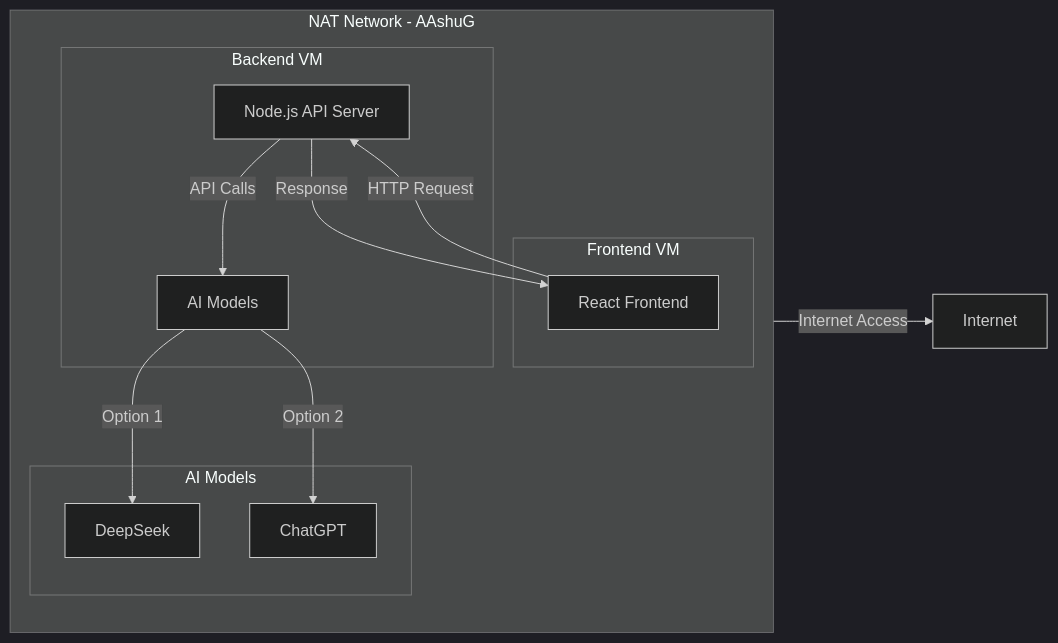
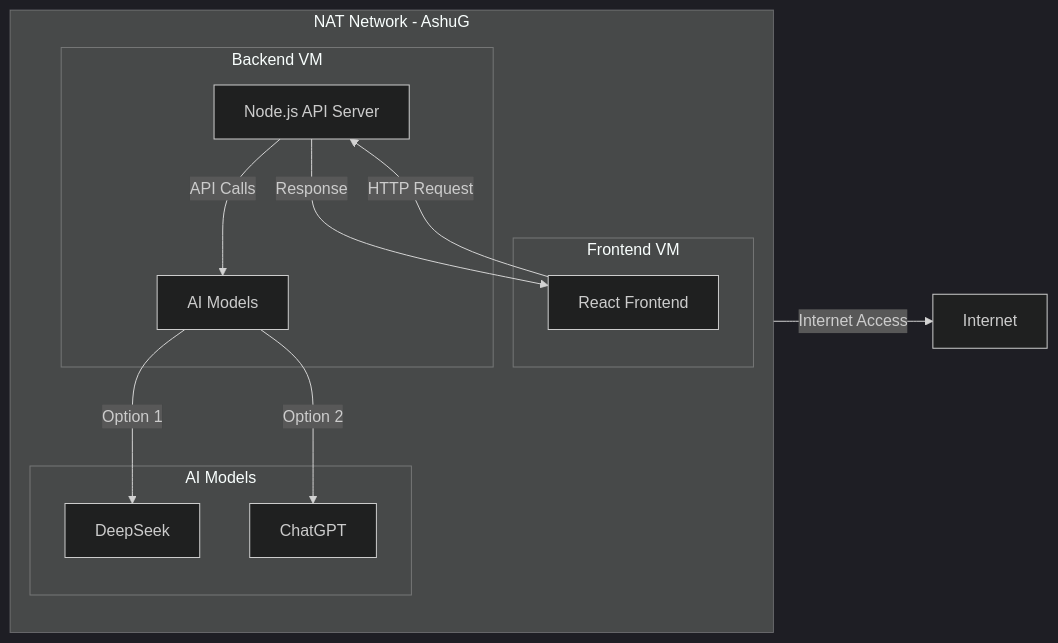
One commit to Ashutosh0212/VCC-IITJ changed the diagram in Assignment 1/README.md. Above: the diagram before and after it, drawn with Mermaid (dark theme). The commit also changed other lines of this file, not shown here.

````diff
--- a/Assignment 1/README.md
+++ b/Assignment 1/README.md
@@ -170,22 +170,22 @@
 ```mermaid
 flowchart LR
-    subgraph NAT[NAT Network - AAshuG]
+    subgraph NAT[NAT Network - AshuG]
         subgraph VM1[Frontend VM]
             A[React Frontend]
         end
         
         subgraph VM2[Backend VM]
             C[Node.js API Server] -->|API Calls| D[AI Models]
         end
         
         A -->|HTTP Request| C
         C -->|Response| A
 
         subgraph AI Models
             D -->|Option 1| E[DeepSeek]
             D -->|Option 2| F[ChatGPT]
         end
     end
 
     NAT -->|Internet Access| G[Internet]
 ```
````
